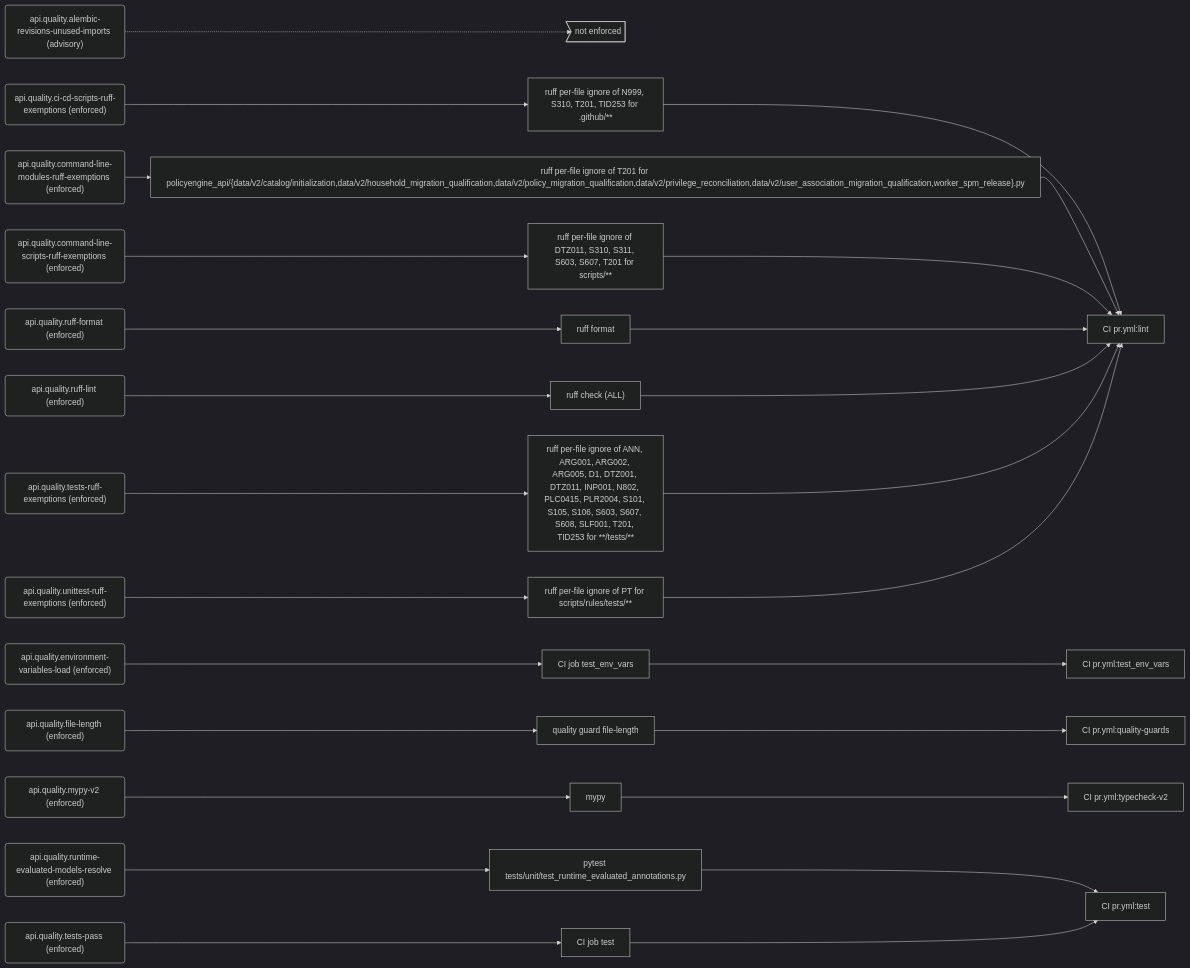
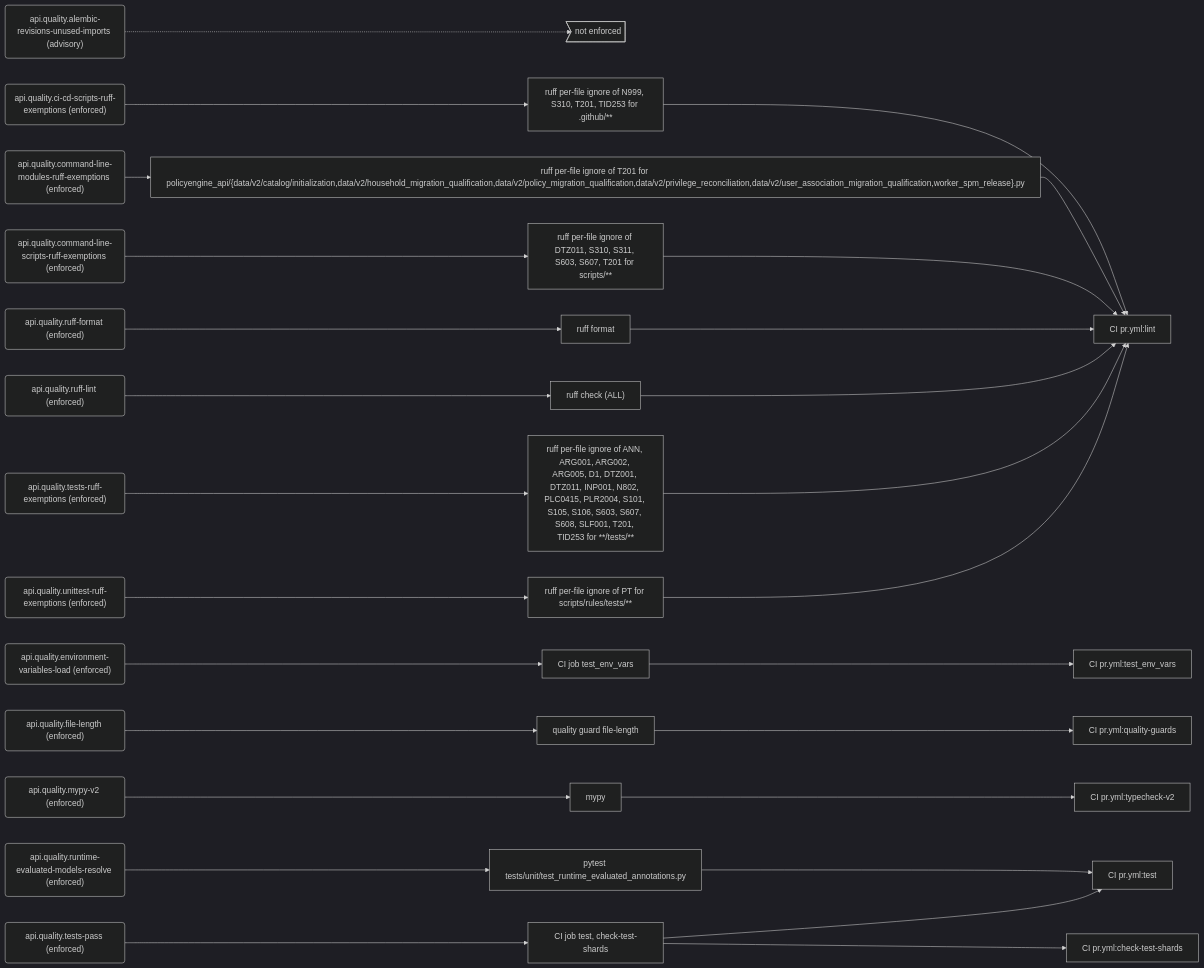
One commit to PolicyEngine/policyengine-api changed the seventh of 11 diagrams in docs/generated/rules.md. Above: the diagram before and after it, drawn with Mermaid (dark theme). The commit also changed other lines of this file and 5 other files, not shown here.

Commit message:
Run the tests in the release run's six shards on pull requests

````diff
--- a/docs/generated/rules.md
+++ b/docs/generated/rules.md
@@ -345,59 +345,61 @@
 ```mermaid
 flowchart LR
   r_api_quality_alembic_revisions_unused_imports("api.quality.alembic-revisions-unused-imports (advisory)")
   gap_unenforced>"not enforced"]
   r_api_quality_ci_cd_scripts_ruff_exemptions("api.quality.ci-cd-scripts-ruff-exemptions (enforced)")
   e_ruff_per_file_ignore_of_N999__S310__T201__TID253_for__github___["ruff per-file ignore of N999, S310, T201, TID253 for .github/**"]
   j_CI_pr_yml_lint["CI pr.yml:lint"]
   r_api_quality_command_line_modules_ruff_exemptions("api.quality.command-line-modules-ruff-exemptions (enforced)")
   e_ruff_per_file_ignore_of_T201_for_policyengine_api__data_v2_catalog_initialization_data_v2_household_migration_qualification_data_v2_policy_migration_qualification_data_v2_privilege_reconciliation_data_v2_user_association_migration_qualification_worker_spm_release__py["ruff per-file ignore of T201 for policyengine_api/{data/v2/catalog/initialization,data/v2/household_migration_qualification,data/v2/policy_migration_qualification,data/v2/privilege_reconciliation,data/v2/user_association_migration_qualification,worker_spm_release}.py"]
   r_api_quality_command_line_scripts_ruff_exemptions("api.quality.command-line-scripts-ruff-exemptions (enforced)")
   e_ruff_per_file_ignore_of_DTZ011__S310__S311__S603__S607__T201_for_scripts___["ruff per-file ignore of DTZ011, S310, S311, S603, S607, T201 for scripts/**"]
   r_api_quality_environment_variables_load("api.quality.environment-variables-load (enforced)")
   e_CI_job_test_env_vars["CI job test_env_vars"]
   j_CI_pr_yml_test_env_vars["CI pr.yml:test_env_vars"]
   r_api_quality_file_length("api.quality.file-length (enforced)")
   e_quality_guard_file_length["quality guard file-length"]
   j_CI_pr_yml_quality_guards["CI pr.yml:quality-guards"]
   r_api_quality_mypy_v2("api.quality.mypy-v2 (enforced)")
   e_mypy["mypy"]
   j_CI_pr_yml_typecheck_v2["CI pr.yml:typecheck-v2"]
   r_api_quality_ruff_format("api.quality.ruff-format (enforced)")
   e_ruff_format["ruff format"]
   r_api_quality_ruff_lint("api.quality.ruff-lint (enforced)")
   e_ruff_check__ALL_["ruff check (ALL)"]
   r_api_quality_runtime_evaluated_models_resolve("api.quality.runtime-evaluated-models-resolve (enforced)")
   e_pytest_tests_unit_test_runtime_evaluated_annotations_py["pytest tests/unit/test_runtime_evaluated_annotations.py"]
   j_CI_pr_yml_test["CI pr.yml:test"]
   r_api_quality_tests_pass("api.quality.tests-pass (enforced)")
-  e_CI_job_test["CI job test"]
+  e_CI_job_test__check_test_shards["CI job test, check-test-shards"]
+  j_CI_pr_yml_check_test_shards["CI pr.yml:check-test-shards"]
   r_api_quality_tests_ruff_exemptions("api.quality.tests-ruff-exemptions (enforced)")
   e_ruff_per_file_ignore_of_ANN__ARG001__ARG002__ARG005__D1__DTZ001__DTZ011__INP001__N802__PLC0415__PLR2004__S101__S105__S106__S603__S607__S608__SLF001__T201__TID253_for____tests___["ruff per-file ignore of ANN, ARG001, ARG002, ARG005, D1, DTZ001, DTZ011, INP001, N802, PLC0415, PLR2004, S101, S105, S106, S603, S607, S608, SLF001, T201, TID253 for **/tests/**"]
   r_api_quality_unittest_ruff_exemptions("api.quality.unittest-ruff-exemptions (enforced)")
   e_ruff_per_file_ignore_of_PT_for_scripts_rules_tests___["ruff per-file ignore of PT for scripts/rules/tests/**"]
   r_api_quality_alembic_revisions_unused_imports -.-> gap_unenforced
   r_api_quality_ci_cd_scripts_ruff_exemptions --> e_ruff_per_file_ignore_of_N999__S310__T201__TID253_for__github___
   e_ruff_per_file_ignore_of_N999__S310__T201__TID253_for__github___ --> j_CI_pr_yml_lint
   r_api_quality_command_line_modules_ruff_exemptions --> e_ruff_per_file_ignore_of_T201_for_policyengine_api__data_v2_catalog_initialization_data_v2_household_migration_qualification_data_v2_policy_migration_qualification_data_v2_privilege_reconciliation_data_v2_user_association_migration_qualification_worker_spm_release__py
   e_ruff_per_file_ignore_of_T201_for_policyengine_api__data_v2_catalog_initialization_data_v2_household_migration_qualification_data_v2_policy_migration_qualification_data_v2_privilege_reconciliation_data_v2_user_association_migration_qualification_worker_spm_release__py --> j_CI_pr_yml_lint
   r_api_quality_command_line_scripts_ruff_exemptions --> e_ruff_per_file_ignore_of_DTZ011__S310__S311__S603__S607__T201_for_scripts___
   e_ruff_per_file_ignore_of_DTZ011__S310__S311__S603__S607__T201_for_scripts___ --> j_CI_pr_yml_lint
   r_api_quality_environment_variables_load --> e_CI_job_test_env_vars
   e_CI_job_test_env_vars --> j_CI_pr_yml_test_env_vars
   r_api_quality_file_length --> e_quality_guard_file_length
   e_quality_guard_file_length --> j_CI_pr_yml_quality_guards
   r_api_quality_mypy_v2 --> e_mypy
   e_mypy --> j_CI_pr_yml_typecheck_v2
   r_api_quality_ruff_format --> e_ruff_format
   e_ruff_format --> j_CI_pr_yml_lint
   r_api_quality_ruff_lint --> e_ruff_check__ALL_
   e_ruff_check__ALL_ --> j_CI_pr_yml_lint
   r_api_quality_runtime_evaluated_models_resolve --> e_pytest_tests_unit_test_runtime_evaluated_annotations_py
   e_pytest_tests_unit_test_runtime_evaluated_annotations_py --> j_CI_pr_yml_test
-  r_api_quality_tests_pass --> e_CI_job_test
-  e_CI_job_test --> j_CI_pr_yml_test
+  r_api_quality_tests_pass --> e_CI_job_test__check_test_shards
+  e_CI_job_test__check_test_shards --> j_CI_pr_yml_test
+  e_CI_job_test__check_test_shards --> j_CI_pr_yml_check_test_shards
   r_api_quality_tests_ruff_exemptions --> e_ruff_per_file_ignore_of_ANN__ARG001__ARG002__ARG005__D1__DTZ001__DTZ011__INP001__N802__PLC0415__PLR2004__S101__S105__S106__S603__S607__S608__SLF001__T201__TID253_for____tests___
   e_ruff_per_file_ignore_of_ANN__ARG001__ARG002__ARG005__D1__DTZ001__DTZ011__INP001__N802__PLC0415__PLR2004__S101__S105__S106__S603__S607__S608__SLF001__T201__TID253_for____tests___ --> j_CI_pr_yml_lint
   r_api_quality_unittest_ruff_exemptions --> e_ruff_per_file_ignore_of_PT_for_scripts_rules_tests___
   e_ruff_per_file_ignore_of_PT_for_scripts_rules_tests___ --> j_CI_pr_yml_lint
 ```
````
